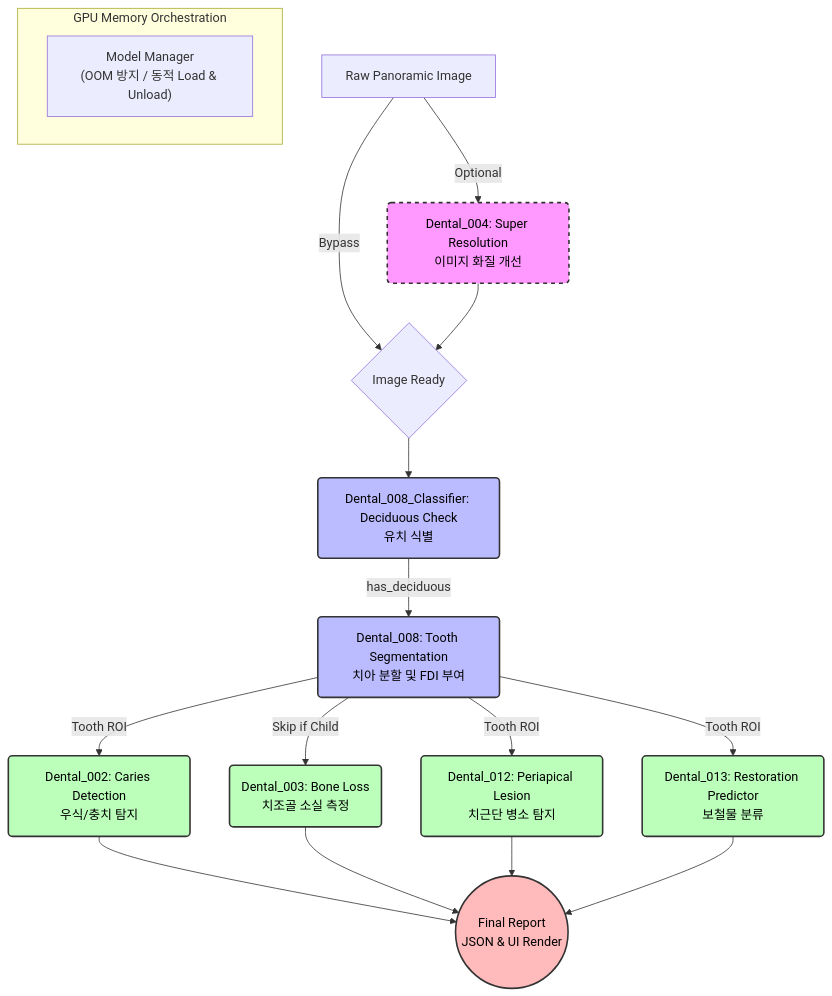
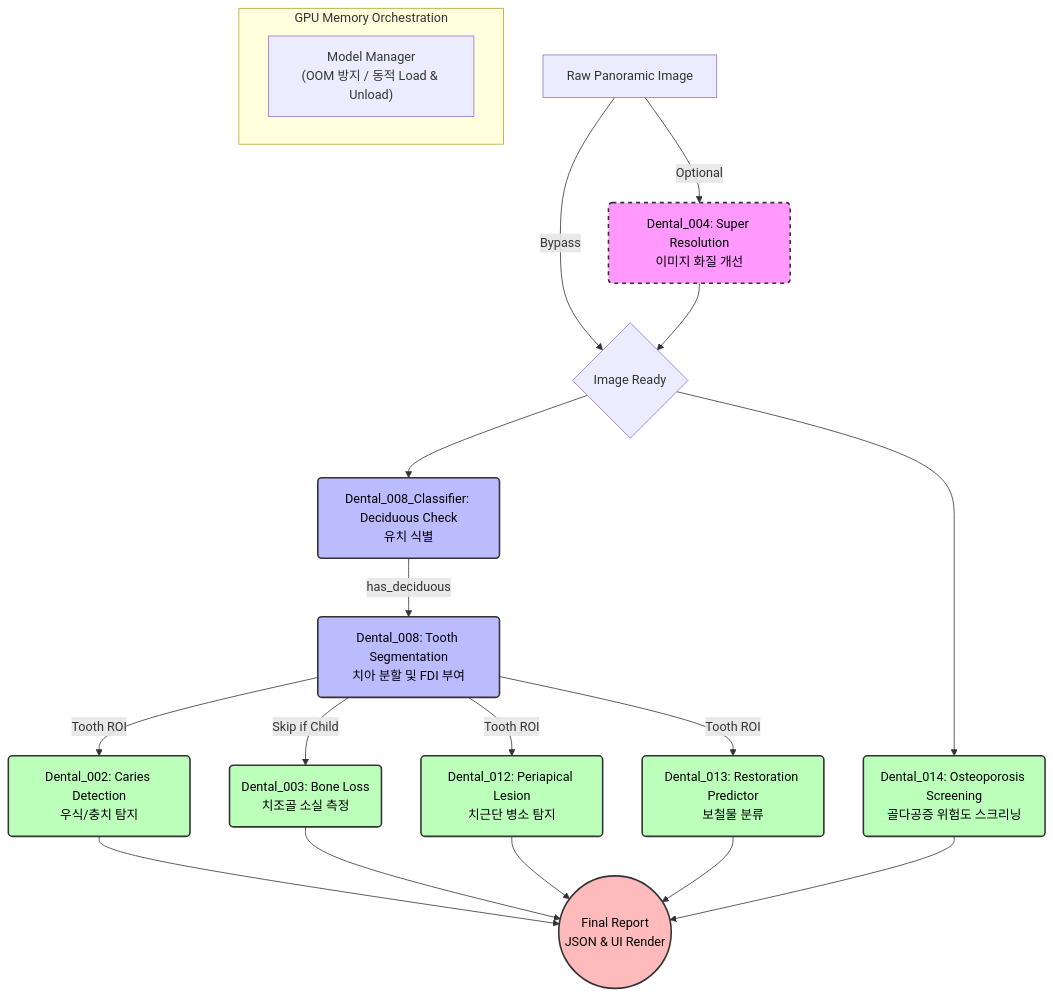
The diagram in README.md (HyunchanAn/Dental_Panoramic_Reader), drawn with Mermaid before and after one commit. The commit also changed other lines of this file and 123 other files, not shown here.

Commit message:
feat: integrate Dental_014 osteoporosis module and update documentation

````diff
--- a/README.md
+++ b/README.md
@@ -28,38 +28,40 @@
 ```mermaid
 graph TD
     %% Main Inputs
     Input["Raw Panoramic Image"] --> |Optional| SR("Dental_004: Super Resolution<br/>이미지 화질 개선")
     Input --> |Bypass| MainFlow
     SR --> MainFlow{"Image Ready"}
 
     %% Phase 1 & 2: Global Analysis & Segmentation
     MainFlow --> D8_Class("Dental_008_Classifier: Deciduous Check<br/>유치 식별")
+    MainFlow --> D14("Dental_014: Osteoporosis Screening<br/>골다공증 위험도 스크리닝")
     D8_Class --> |"has_deciduous"| D8_Seg("Dental_008: Tooth Segmentation<br/>치아 분할 및 FDI 부여")
 
     %% Phase 3: Detailed Prediction Modules
     D8_Seg --> |"Tooth ROI"| D2("Dental_002: Caries Detection<br/>우식/충치 탐지")
     D8_Seg --> |"Tooth ROI"| D12("Dental_012: Periapical Lesion<br/>치근단 병소 탐지")
     D8_Seg --> |"Tooth ROI"| D13("Dental_013: Restoration Predictor<br/>보철물 분류")
     D8_Seg --> |"Skip if Child"| D3("Dental_003: Bone Loss<br/>치조골 소실 측정")
 
     %% Post-processing & Output
     D2 --> OutputReport(("Final Report<br/>JSON & UI Render"))
     D3 --> OutputReport
     D12 --> OutputReport
     D13 --> OutputReport
+    D14 --> OutputReport
 
     %% Resource Management
     subgraph "GPU Memory Orchestration"
         MM["Model Manager<br/>(OOM 방지 / 동적 Load & Unload)"]
     end
 
     classDef optional fill:#f9f,stroke:#333,stroke-width:2px,stroke-dasharray: 5 5,color:#000;
     classDef core fill:#bbf,stroke:#333,stroke-width:2px,color:#000;
     classDef analysis fill:#bfb,stroke:#333,stroke-width:2px,color:#000;
     classDef output fill:#fbb,stroke:#333,stroke-width:2px,color:#000;
 
     class SR optional;
     class D8_Class,D8_Seg core;
-    class D2,D3,D12,D13 analysis;
+    class D2,D3,D12,D13,D14 analysis;
     class OutputReport output;
 ```
````
